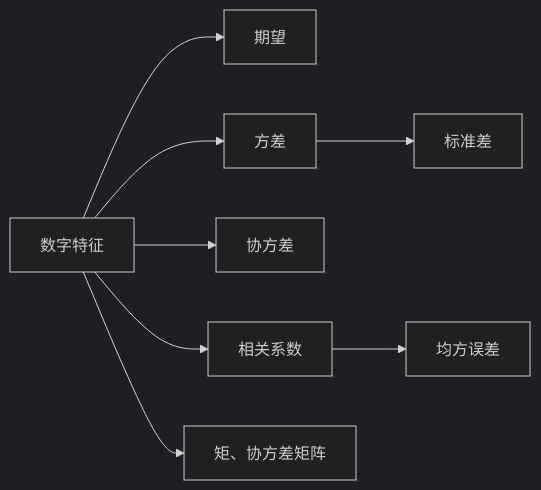
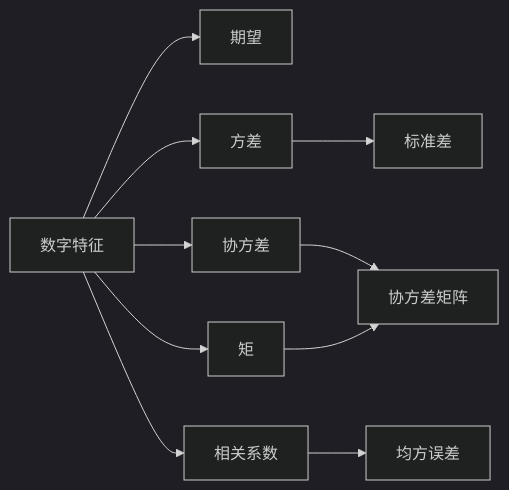
The diagram in src/site/notes/随机变量的数字特征.md (UNLINEARITY/Learn-Everything), drawn with Mermaid (dark theme) before and after one commit. The commit also changed other lines of this file, not shown here.

Commit message:
Update content src/site/notes/随机变量的数字特征.md

````diff
--- a/src/site/notes/随机变量的数字特征.md
+++ b/src/site/notes/随机变量的数字特征.md
@@ -10,6 +10,7 @@
 ```mermaid
 graph LR
-数字特征-->1[期望] & 2[方差] & 3[协方差] & 4[相关系数] & 5[矩、协方差矩阵]
+数字特征-->1[期望] & 2[方差] & 3[协方差] & 4[相关系数] & 5[矩]
 2--> 标准差
 4--> 均方误差
+3 & 5--> 协方差矩阵
 ```
````
